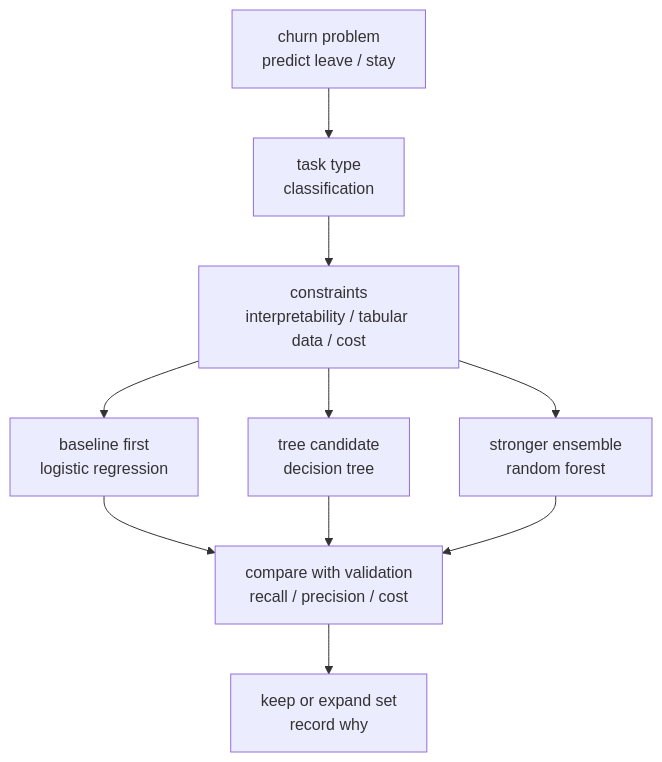
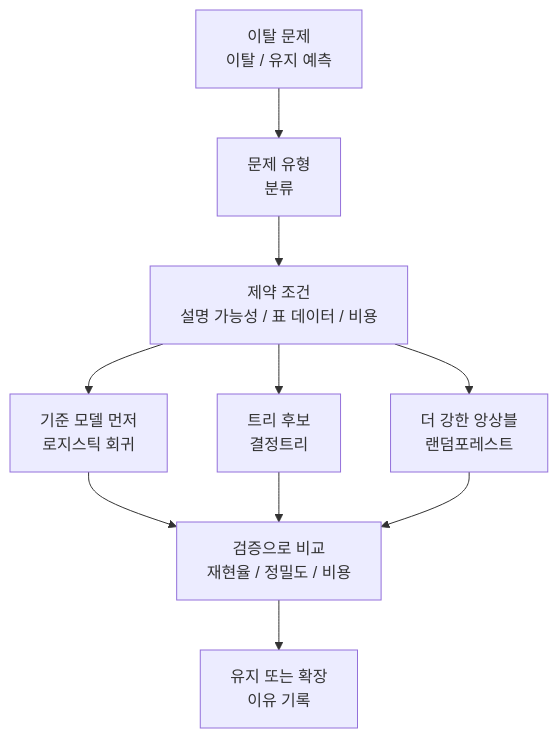
The first of 3 diagrams in docs/parts/part-04/chapter-03/section-02.md (devchan64/AiBook), drawn with Mermaid before and after one commit. The commit also changed other lines of this file and 29 other files, not shown here.

````diff
--- a/docs/parts/part-04/chapter-03/section-02.md
+++ b/docs/parts/part-04/chapter-03/section-02.md
@@ -55,21 +55,21 @@
 ```mermaid
 flowchart TD
-  A["churn problem<br/>predict leave / stay"]
-  B["task type<br/>classification"]
-  C["constraints<br/>interpretability / tabular data / cost"]
-  D["baseline first<br/>logistic regression"]
-  E["tree candidate<br/>decision tree"]
-  F["stronger ensemble<br/>random forest"]
-  G["compare with validation<br/>recall / precision / cost"]
-  H["keep or expand set<br/>record why"]
+  A["이탈 문제<br/>이탈 / 유지 예측"]
+  B["문제 유형<br/>분류"]
+  C["제약 조건<br/>설명 가능성 / 표 데이터 / 비용"]
+  D["기준 모델 먼저<br/>로지스틱 회귀"]
+  E["트리 후보<br/>결정트리"]
+  F["더 강한 앙상블<br/>랜덤포레스트"]
+  G["검증으로 비교<br/>재현율 / 정밀도 / 비용"]
+  H["유지 또는 확장<br/>이유 기록"]
 
   A --> B
   B --> C
   C --> D
   C --> E
   C --> F
   D --> G
   E --> G
   F --> G
   G --> H
 ```
````
